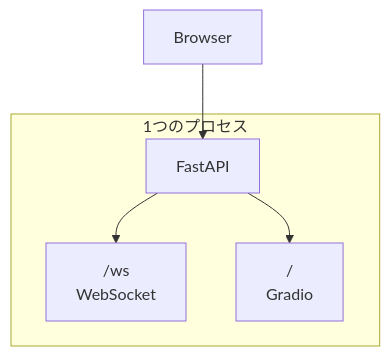
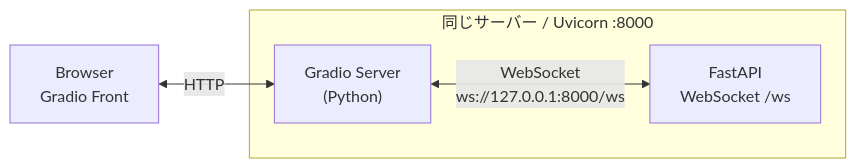
Before and after one commit to sminamiafb9/scrapbox: the diagram in learn_websocket/step1.5/README.md, drawn with Mermaid. The commit also changed other lines of this file and 1 other file, not shown here.

Commit message:
refactor(websocket): Update architecture documentation to reflect integrated Gradio and FastAPI setup
Clarifies the integration architecture between the Gradio frontend (Browser) and the FastAPI backend (WebSocket/ws endpoint).

Updates the README to show the unified process structure and explicitly documents the communication flow between the Gradio Server and the FastAPI WebSocket endpoint, emphasizing that both run within the same host process. Also updated the setup instructions to show how to run the separate backend and frontend processes.

````diff
--- a/learn_websocket/step1.5/README.md
+++ b/learn_websocket/step1.5/README.md
@@ -5,16 +9,12 @@
 ```mermaid
-flowchart TB
-    B[Browser]
+flowchart LR
+    B["Browser<br/>Gradio Front"]
 
-    subgraph P["1つのプロセス"]
-        F[FastAPI]
-
-        WS["/ws<br/>WebSocket"]
-        G["/<br/>Gradio"]
-
-        F --> WS
-        F --> G
+    subgraph S["同じサーバー / Uvicorn :8000"]
+        G["Gradio Server<br/>(Python)"]
+        W["FastAPI<br/>WebSocket /ws"]
     end
 
-    B --> F
+    B <-->|"HTTP"| G
+    G <-->|"WebSocket<br/>ws://127.0.0.1:8000/ws"| W
 ```
````
